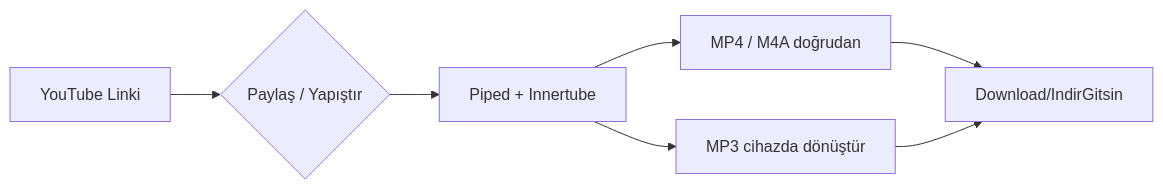
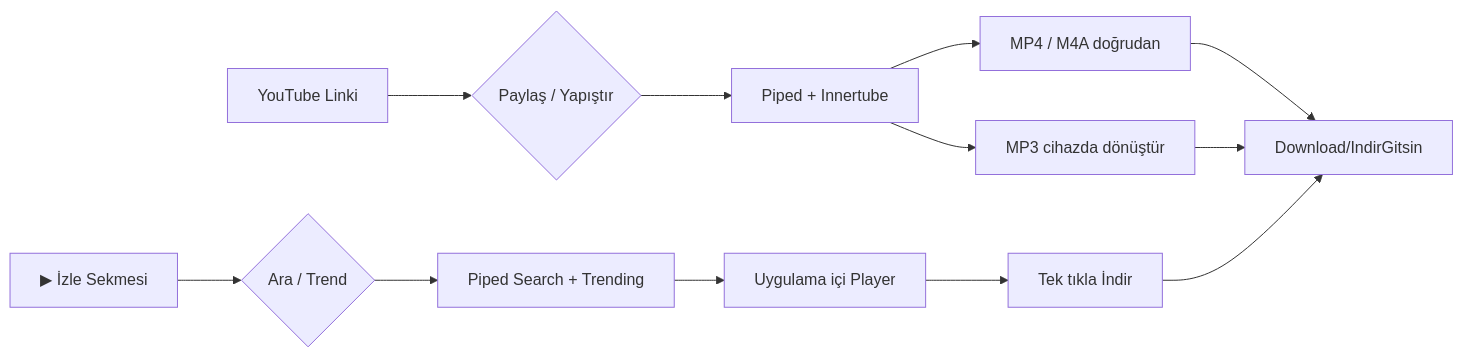
The diagram in README.md (keremmkilincc-wq/indirgitsin), drawn with Mermaid before and after one commit. The commit also changed other lines of this file and 7 other files, not shown here.

````diff
--- a/README.md
+++ b/README.md
@@ -38,9 +38,14 @@
 ```mermaid
 flowchart LR
   A[YouTube Linki] --> B{Paylaş / Yapıştır}
   B --> C[ Piped + Innertube ]
   C --> D[ MP4 / M4A doğrudan ]
   C --> E[ MP3 cihazda dönüştür ]
   D --> F[Download/IndirGitsin]
   E --> F
+  G[▶ İzle Sekmesi] --> H{ Ara / Trend }
+  H --> I[ Piped Search + Trending ]
+  I --> J[ Uygulama içi Player ]
+  J --> K[ Tek tıkla İndir ]
+  K --> F
 ```
````
